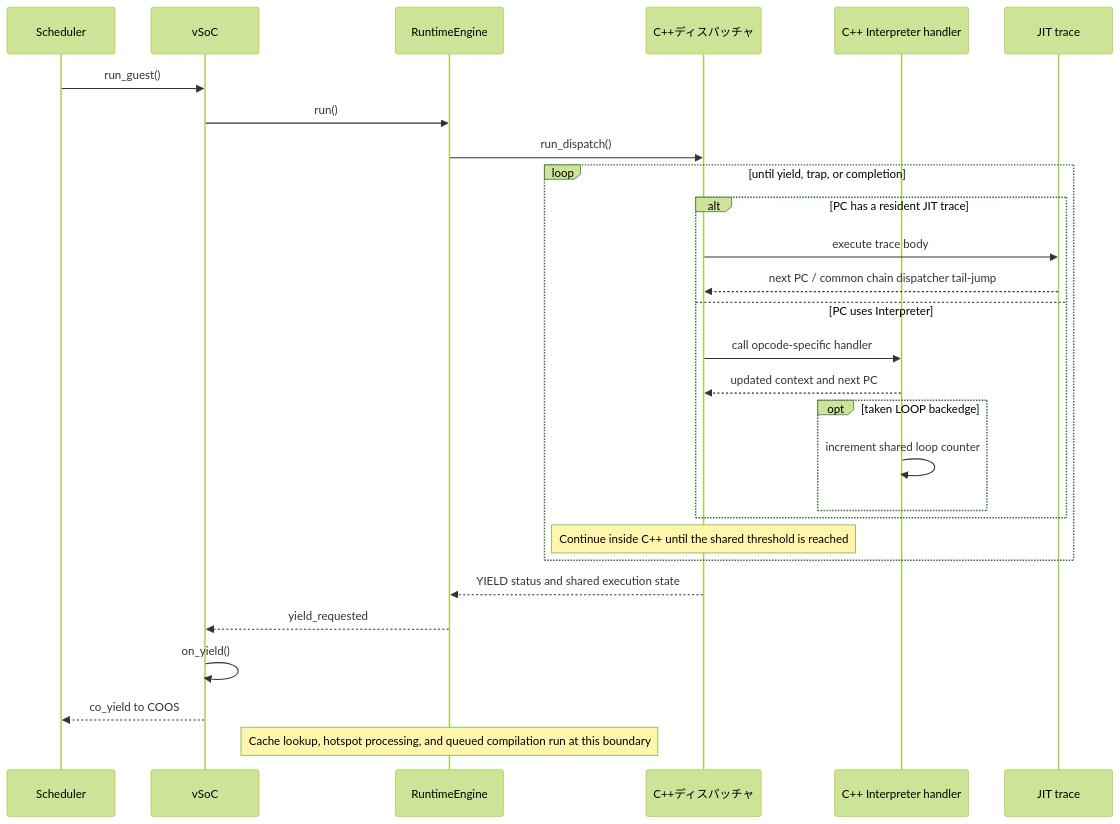
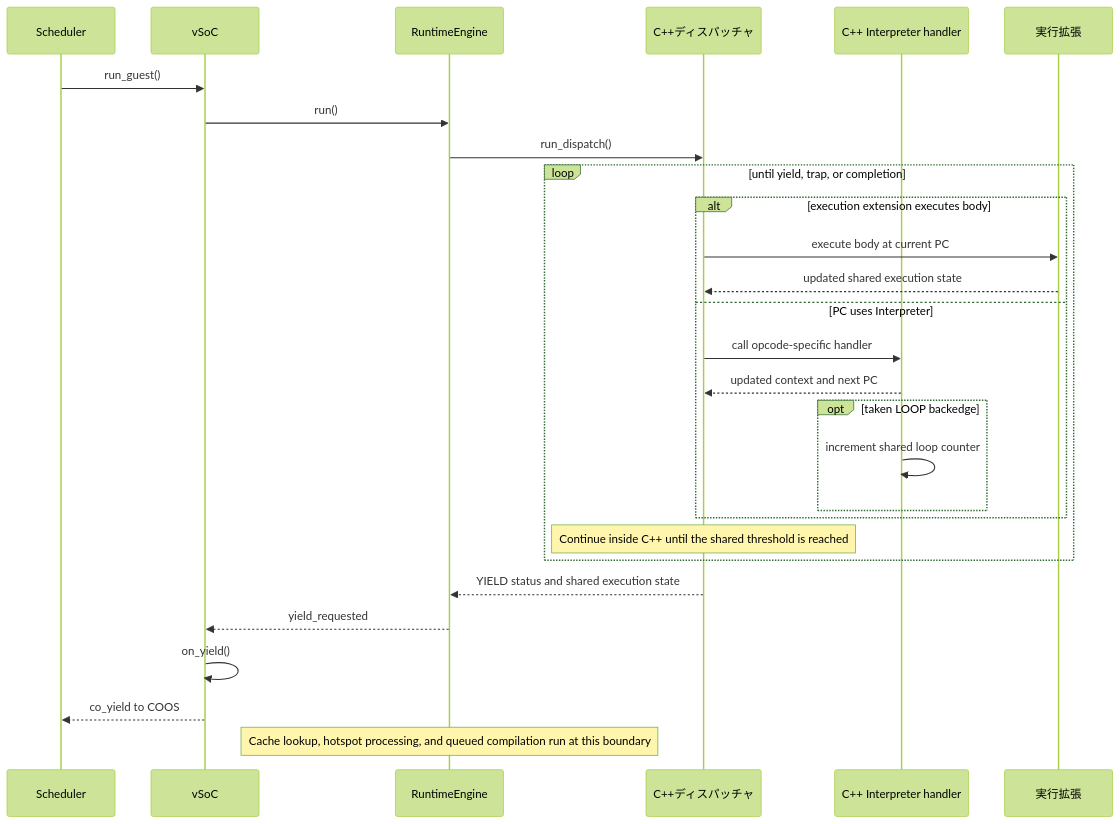
The fifth of 7 diagrams in docs/components/tier2_runtime/runtime_vsoc.md (kmt-t/fireball), drawn with Mermaid (forest theme) before and after one commit. The commit also changed other lines of this file and 24 other files, not shown here.

Commit message:
refactor(pysim): isolate JIT execution behind the native plugin boundary

````diff
--- a/docs/components/tier2_runtime/runtime_vsoc.md
+++ b/docs/components/tier2_runtime/runtime_vsoc.md
@@ -365,32 +365,32 @@
 ```mermaid
 sequenceDiagram
     participant S as Scheduler
     participant V as vSoC
     participant R as RuntimeEngine
     participant D as C++ディスパッチャ
     participant I as C++ Interpreter handler
-    participant J as JIT trace
+    participant J as 実行拡張
 
     S->>V: run_guest()
     V->>R: run()
     R->>D: run_dispatch()
     loop until yield, trap, or completion
-        alt PC has a resident JIT trace
-            D->>J: execute trace body
-            J-->>D: next PC / common chain dispatcher tail-jump
+        alt execution extension executes body
+            D->>J: execute body at current PC
+            J-->>D: updated shared execution state
         else PC uses Interpreter
             D->>I: call opcode-specific handler
             I-->>D: updated context and next PC
             opt taken LOOP backedge
                 I->>I: increment shared loop counter
             end
         end
         Note over D: Continue inside C++ until the shared threshold is reached
     end
     D-->>R: YIELD status and shared execution state
     R-->>V: yield_requested
     V->>V: on_yield()
     V-->>S: co_yield to COOS
 
     Note over R: Cache lookup, hotspot processing, and queued compilation run at this boundary
 ```
````
